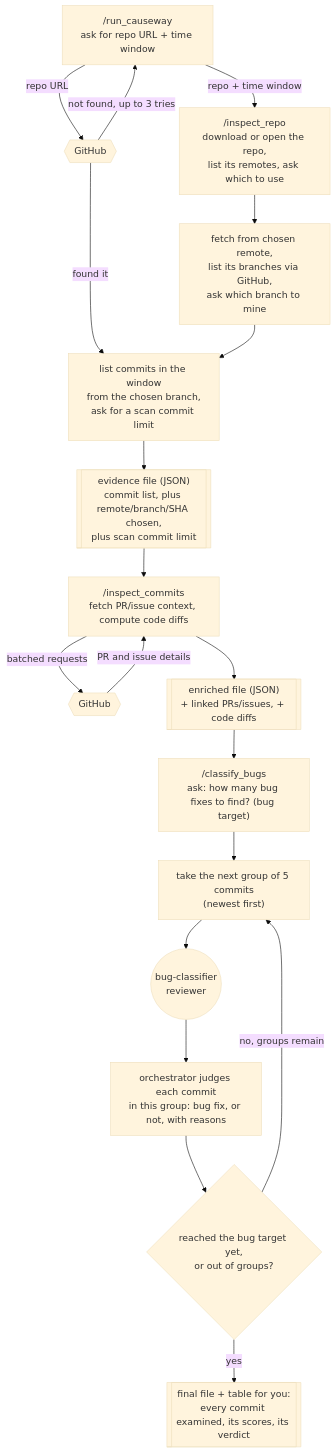
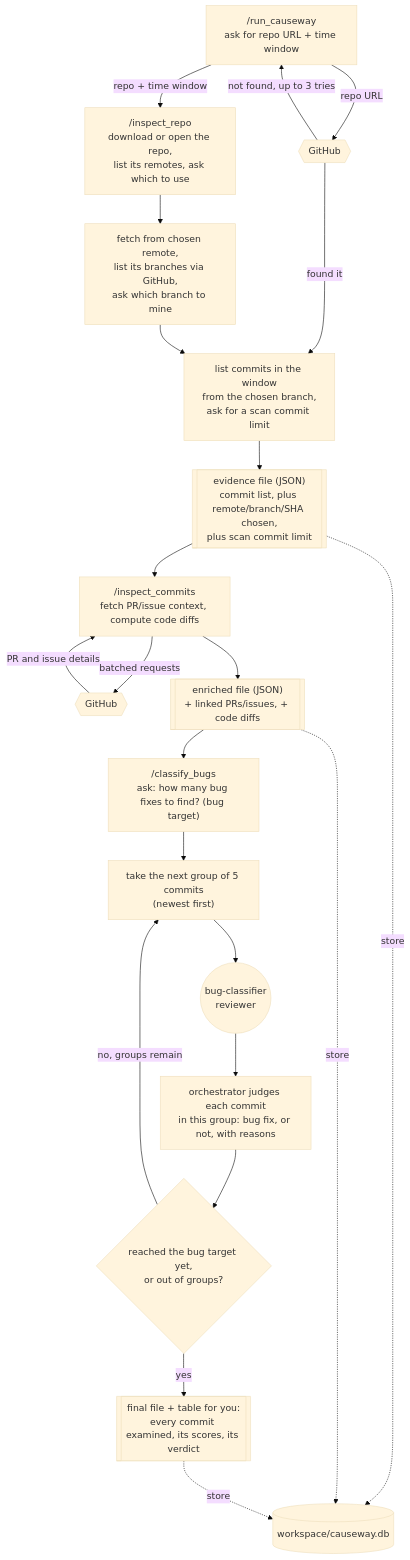
One commit to Preet0504/causeway changed the diagram in README.md. Above: the diagram before and after it, drawn with Mermaid (base theme). The commit also changed other lines of this file and 10 other files, not shown here.

````diff
--- a/README.md
+++ b/README.md
@@ -262,42 +288,46 @@
 ```mermaid
 flowchart TD
     RC["/run_causeway<br/>ask for repo URL + time window"]
     GH1{{GitHub}}
     RC -- "repo URL" --> GH1
     GH1 -- "not found, up to 3 tries" --> RC
     GH1 -- "found it" --> IR
 
     IR0["/inspect_repo<br/>download or open the repo,<br/>list its remotes, ask which to use"]
     RC -- "repo + time window" --> IR0
     IR1["fetch from chosen remote,<br/>list its branches via GitHub,<br/>ask which branch to mine"]
     IR0 --> IR1
     IR["list commits in the window<br/>from the chosen branch,<br/>ask for a scan commit limit"]
     IR1 --> IR
 
     EV[["evidence file (JSON)<br/>commit list, plus remote/branch/SHA chosen,<br/>plus scan commit limit"]]
     IR --> EV
+    DB[(workspace/causeway.db)]
+    EV -. "store" .-> DB
 
     IC["/inspect_commits<br/>fetch PR/issue context, compute code diffs"]
     EV --> IC
     IC -- "batched requests" --> GH2{{GitHub}}
     GH2 -- "PR and issue details" --> IC
 
     EN[["enriched file (JSON)<br/>+ linked PRs/issues, + code diffs"]]
     IC --> EN
+    EN -. "store" .-> DB
 
     CB["/classify_bugs<br/>ask: how many bug fixes to find? (bug target)"]
     EN --> CB
 
     NEXTBATCH["take the next group of 5 commits<br/>(newest first)"]
     CB --> NEXTBATCH
     REV(("bug-classifier<br/>reviewer"))
     NEXTBATCH --> REV
     JUDGE["orchestrator judges each commit<br/>in this group: bug fix, or not, with reasons"]
     REV --> JUDGE
     CHECK{"reached the bug target yet,<br/>or out of groups?"}
     JUDGE --> CHECK
     CHECK -- "no, groups remain" --> NEXTBATCH
     CHECK -- "yes" --> RESULT
 
     RESULT[["final file + table for you:<br/>every commit examined, its scores, its verdict"]]
+    RESULT -. "store" .-> DB
 ```
````
